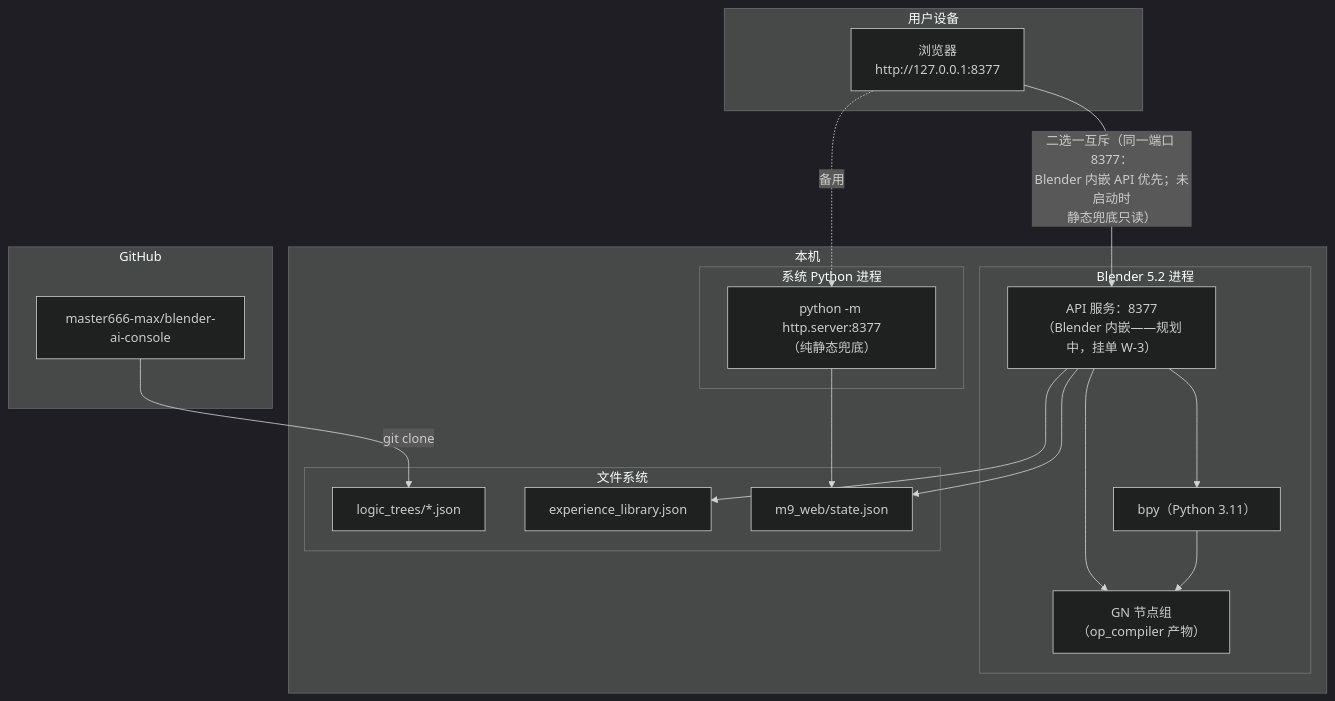
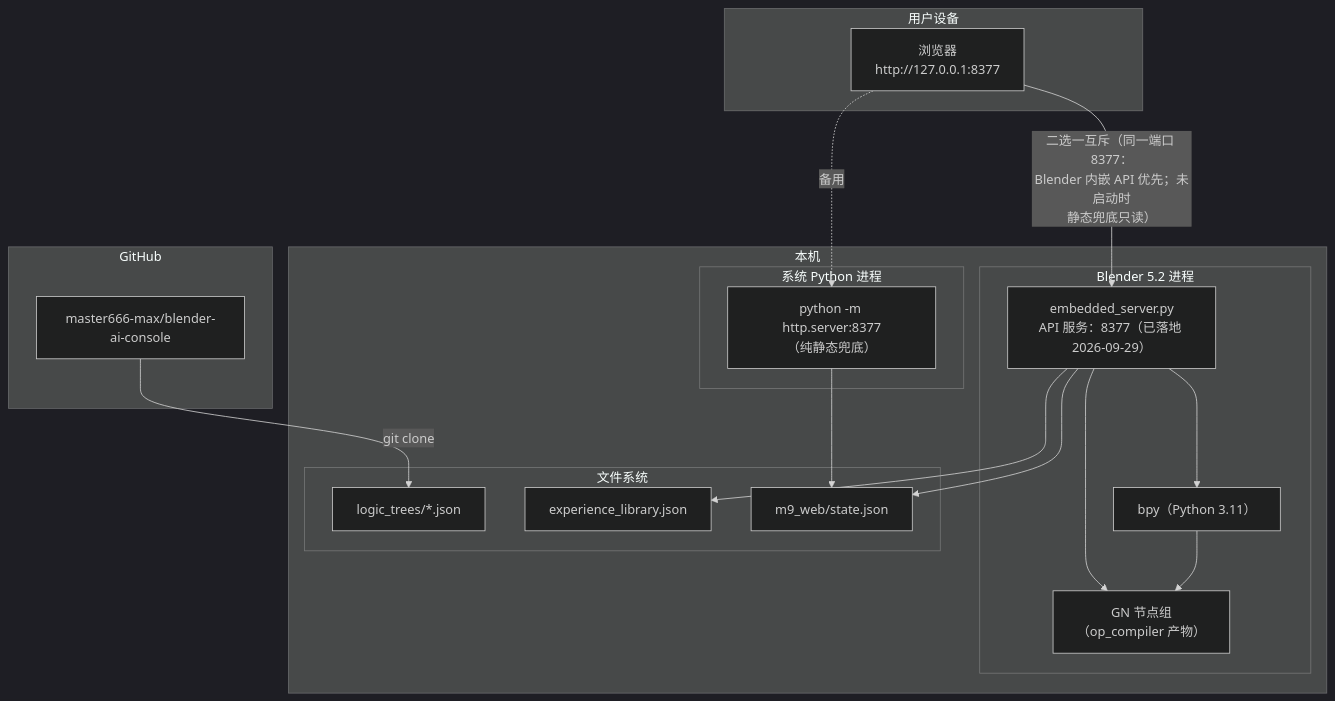
The seventh of 7 diagrams in docs/architecture/architecture_diagrams.md (master666-max/blender-ai-console), drawn with Mermaid (dark theme) before and after one commit. The commit also changed other lines of this file and 2 other files, not shown here.

Commit message:
feat: Web 控制台 API 层落地（挂单 W-3 销单）——Blender 内嵌 HTTP 服务真机 14/14
embedded_server.py（Blender 内嵌 API 服务器）：
- 架构：HTTPServer daemon 线程收请求 → 队列 → 主线程泵执行（bpy 数据
  只许主线程碰）→ 结果塞回 → event 唤醒 HTTP 线程（30s 超时防死锁）
- 双泵模式：GUI 用 bpy.app.timers（persistent）；后台脚本用 manual pump
  （--background 下脚本占用主线程，timers 不 tick——实测结论）
- 路由（console.html 契约对齐）：GET /api/state、POST verify/render/pop/
  checkpoint/revert/set_param/override/drop_segment；未知 op 返回结构化
  UNKNOWN_OP（不谎报成功）；静态兜底伺服 console.html/state.json/渲染图
  （带路径穿越防护）；CORS 全开
- 真机修两坑：①_result 双重包装——_route 已返回契约 dict 再包一层
  _jsonable 会把 dict 落到 str(x) 兜底变 repr 截断字符串（探针实锤
  fn->dict res->str）；②_jsonable 缺 dict/list/tuple 分支

api_revert_live.py（HTTP 层完整闭环实验，14/14 passed）：
  client 线程真发 HTTP（urllib），主线程 pump 处理——state 3 段→
  checkpoint→set_param→revert→pop→drop_segment→verify PASS→override→
  UNKNOWN_OP 负例→静态伺服→终态 1 段→无死锁（12 请求 0.7s）→stop 幂等

挂单 W-3 销单（与图修改同 PR）：部署图 ⑦ GNSERVER 更新为已落地；
⑩ 挂单表 W-3 标记销单并留档

测试回归：console 16/16 / wal 19/19 / logic_tree 21/21 / experience 50/50；
mermaid 7/7 实渲染全绿

````diff
--- a/docs/architecture/architecture_diagrams.md
+++ b/docs/architecture/architecture_diagrams.md
@@ -359,36 +359,36 @@
 ```mermaid
 graph TB
     subgraph DEV["用户设备"]
         BROWSER["浏览器<br/>http://127.0.0.1:8377"]
     end
 
     subgraph HOST["本机"]
         subgraph BP["Blender 5.2 进程"]
             BPY["bpy（Python 3.11）"]
-            GNSERVER["API 服务：8377<br/>（Blender 内嵌——规划中，挂单 W-3）"]
+            GNSERVER["embedded_server.py<br/>API 服务：8377（已落地 2026-09-29）"]
             GN_NODES["GN 节点组<br/>（op_compiler 产物）"]
         end
         subgraph SYSPY["系统 Python 进程"]
             STATIC["python -m http.server:8377<br/>（纯静态兜底）"]
         end
         subgraph FS["文件系统"]
             LTJSON["logic_trees/*.json"]
             EXPJSON["experience_library.json"]
             STATE["m9_web/state.json"]
         end
     end
 
     subgraph GH["GitHub"]
         REPO["master666-max/blender-ai-console"]
     end
 
     BROWSER -->|"二选一互斥（同一端口 8377：<br/>Blender 内嵌 API 优先；未启动时<br/>静态兜底只读）"| GNSERVER
     BROWSER -.->|"备用"| STATIC
     GNSERVER --> BPY
     GNSERVER --> STATE
     GNSERVER --> GN_NODES
     BPY --> GN_NODES
     STATIC --> STATE
     GNSERVER --> EXPJSON
     REPO -->|"git clone"| LTJSON
 ```
````
